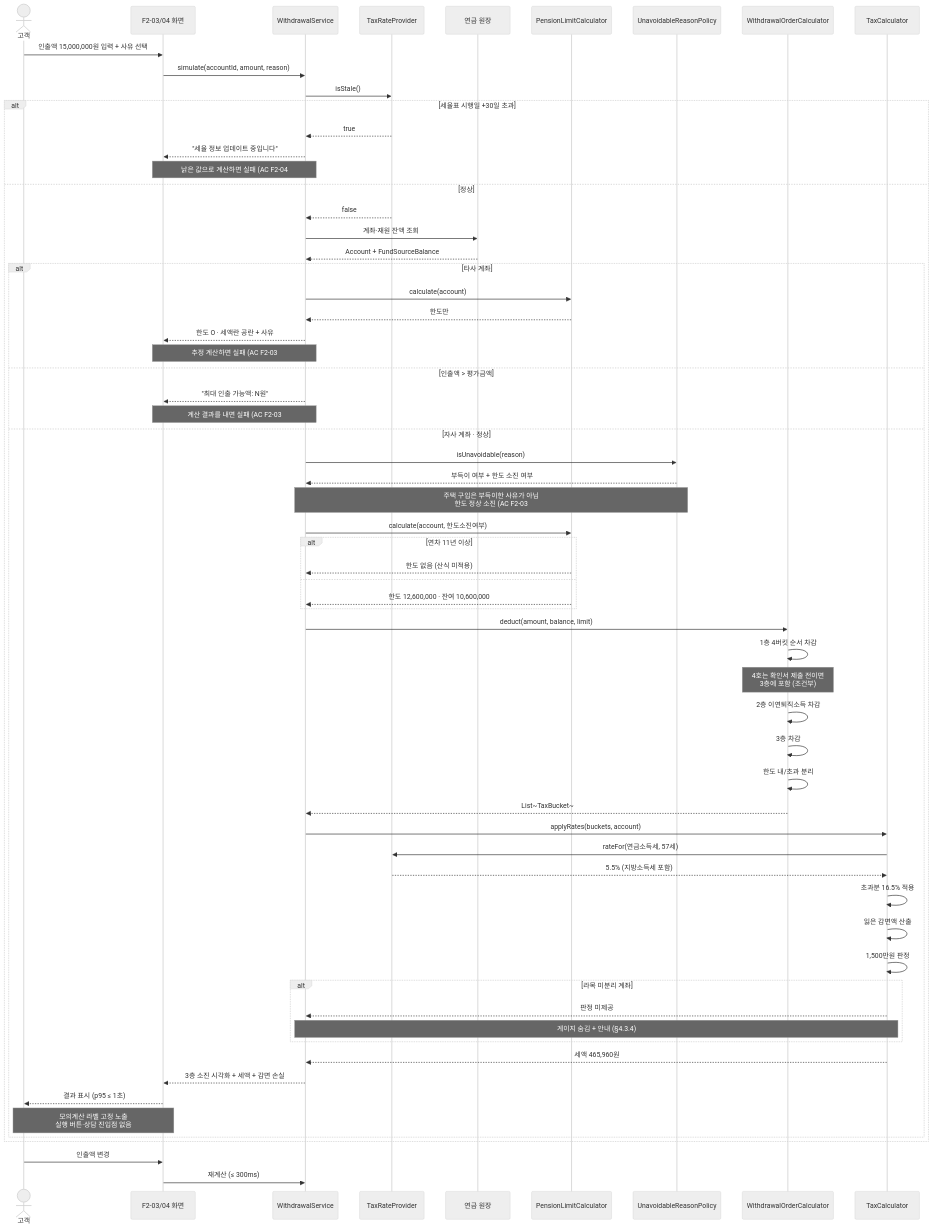
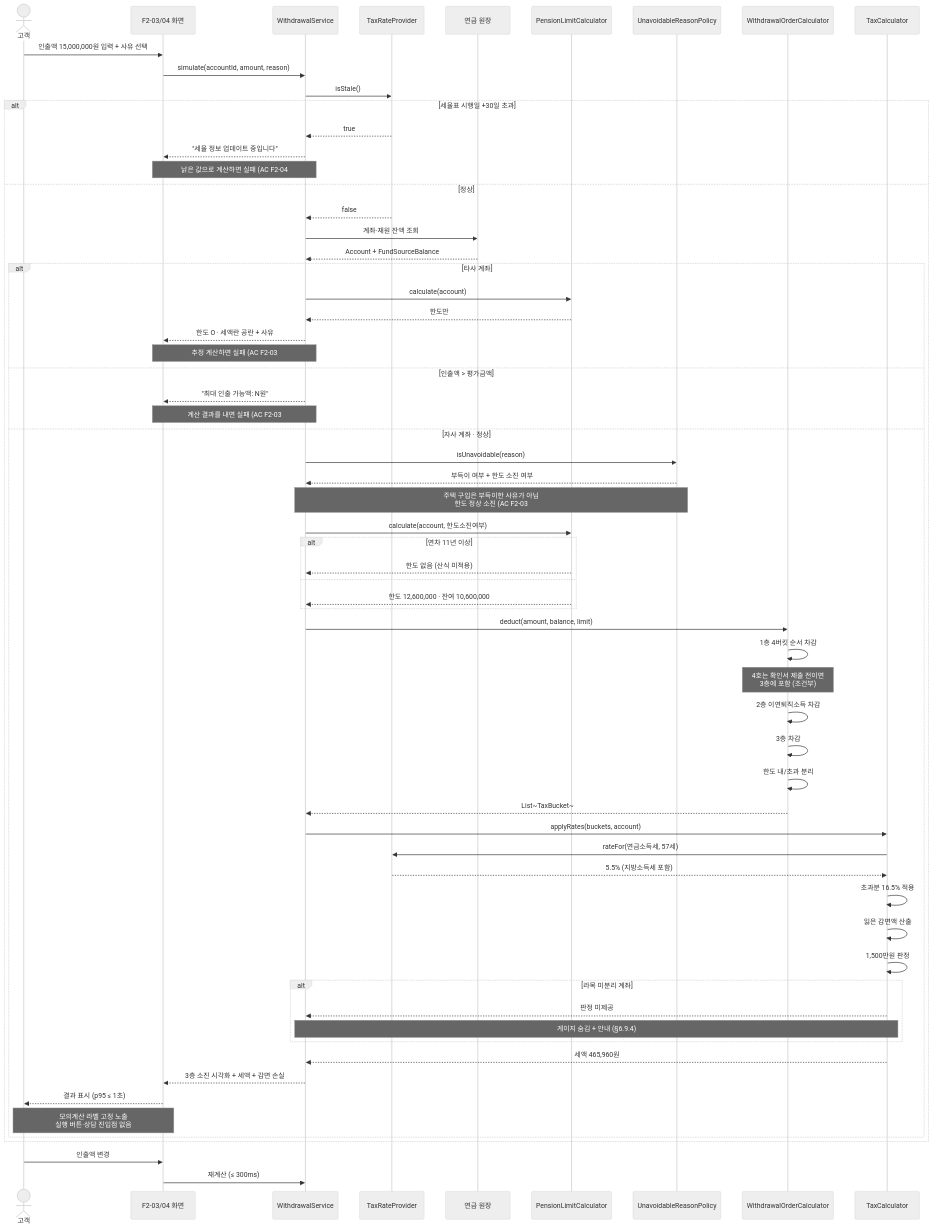
The eighth of 11 diagrams in design/05-sequence-diagram.md (ahalenin12-art/SRS-authoring-project), drawn with Mermaid (neutral theme) before and after one commit. The commit also changed other lines of this file and 10 other files, not shown here.

````diff
--- a/design/05-sequence-diagram.md
+++ b/design/05-sequence-diagram.md
@@ -356,75 +356,75 @@
 ```mermaid
 sequenceDiagram
     actor C as 고객
     participant UI as F2-03/04 화면
     participant WS as WithdrawalService
     participant TRP as TaxRateProvider
     participant LD as 연금 원장
     participant PLC as PensionLimitCalculator
     participant URP as UnavoidableReasonPolicy
     participant WOC as WithdrawalOrderCalculator
     participant TC as TaxCalculator
 
     C->>UI: 인출액 15,000,000원 입력 + 사유 선택
     UI->>WS: simulate(accountId, amount, reason)
 
     WS->>TRP: isStale()
     alt 세율표 시행일 +30일 초과
         TRP-->>WS: true
         WS-->>UI: "세율 정보 업데이트 중입니다"
         Note over WS,UI: 낡은 값으로 계산하면 실패 (AC F2-04 #6)
     else 정상
         TRP-->>WS: false
 
         WS->>LD: 계좌·재원 잔액 조회
         LD-->>WS: Account + FundSourceBalance
 
         alt 타사 계좌
             WS->>PLC: calculate(account)
             PLC-->>WS: 한도만
             WS-->>UI: 한도 O · 세액란 공란 + 사유
             Note over WS,UI: 추정 계산하면 실패 (AC F2-03 #5)
         else 인출액 > 평가금액
             WS-->>UI: "최대 인출 가능액: N원"
             Note over WS,UI: 계산 결과를 내면 실패 (AC F2-03 #4)
         else 자사 계좌 · 정상
             WS->>URP: isUnavoidable(reason)
             URP-->>WS: 부득이 여부 + 한도 소진 여부
             Note over URP,WS: 주택 구입은 부득이한 사유가 아님<br/>한도 정상 소진 (AC F2-03 #2)
 
             WS->>PLC: calculate(account, 한도소진여부)
             alt 연차 11년 이상
                 PLC-->>WS: 한도 없음 (산식 미적용)
             else
                 PLC-->>WS: 한도 12,600,000 · 잔여 10,600,000
             end
 
             WS->>WOC: deduct(amount, balance, limit)
             WOC->>WOC: 1층 4버킷 순서 차감
             Note over WOC: 4호는 확인서 제출 전이면<br/>3층에 포함 (조건부)
             WOC->>WOC: 2층 이연퇴직소득 차감
             WOC->>WOC: 3층 차감
             WOC->>WOC: 한도 내/초과 분리
             WOC-->>WS: List~TaxBucket~
 
             WS->>TC: applyRates(buckets, account)
             TC->>TRP: rateFor(연금소득세, 57세)
             TRP-->>TC: 5.5% (지방소득세 포함)
             TC->>TC: 초과분 16.5% 적용
             TC->>TC: 잃은 감면액 산출
             TC->>TC: 1,500만원 판정
             alt 라목 미분리 계좌
                 TC-->>WS: 판정 미제공
-                Note over TC,WS: 게이지 숨김 + 안내 (§4.3.4)
+                Note over TC,WS: 게이지 숨김 + 안내 (§6.9.4)
             end
             TC-->>WS: 세액 465,960원
 
             WS-->>UI: 3층 소진 시각화 + 세액 + 감면 손실
             UI-->>C: 결과 표시 (p95 ≤ 1초)
             Note over UI,C: 모의계산 라벨 고정 노출<br/>실행 버튼·상담 진입점 없음
         end
     end
 
     C->>UI: 인출액 변경
     UI->>WS: 재계산 (≤ 300ms)
 ```
````
